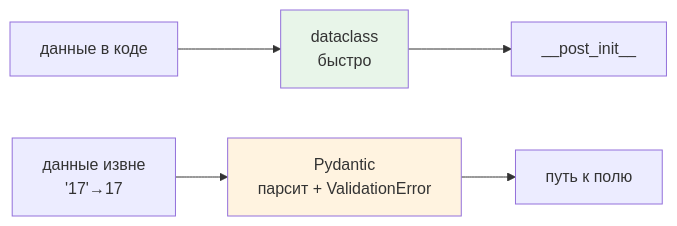
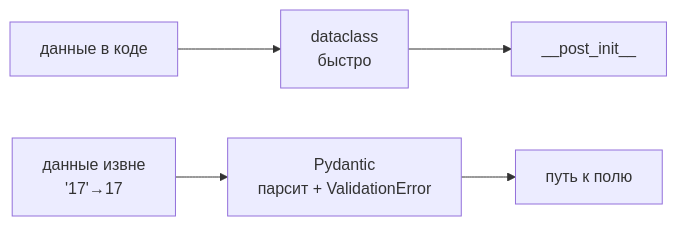
One commit to JayStorm228/College changed the third of 3 diagrams in 02_Курсы/01. Инженерные практики Python/01_Лекции/04. Датаклассы — когда и как, и где дополняет Pydantic.md. Above: the diagram before and after it, drawn with Mermaid. The commit also changed other lines of this file and 30 other files, not shown here.

First line of the commit message:
переименование NumPy лекций под академические заголовки + стандартные диаграммы

````diff
--- a/02_Курсы/01. Инженерные практики Python/01_Лекции/04. Датаклассы — когда и как, и где дополняет Pydantic.md
+++ b/02_Курсы/01. Инженерные практики Python/01_Лекции/04. Датаклассы — когда и как, и где дополняет Pydantic.md
@@ -178,9 +174,7 @@
 ```mermaid
 flowchart LR
   A[данные в коде] --> D[dataclass<br>быстро]
   B[данные извне<br>'17'→17] --> P[Pydantic<br>парсит + ValidationError]
   D --> C[__post_init__]
   P --> E[путь к полю]
-  style D fill:#e8f5e9
-  style P fill:#fff3e0
 ```
````
